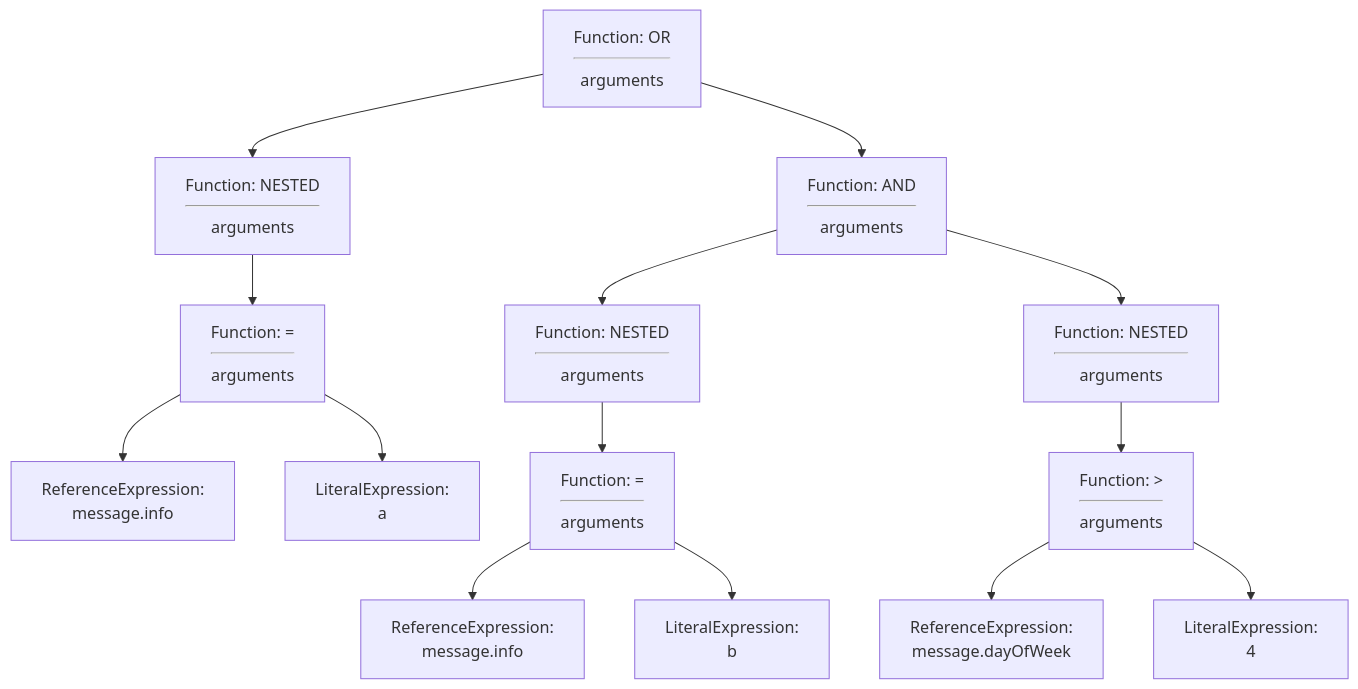
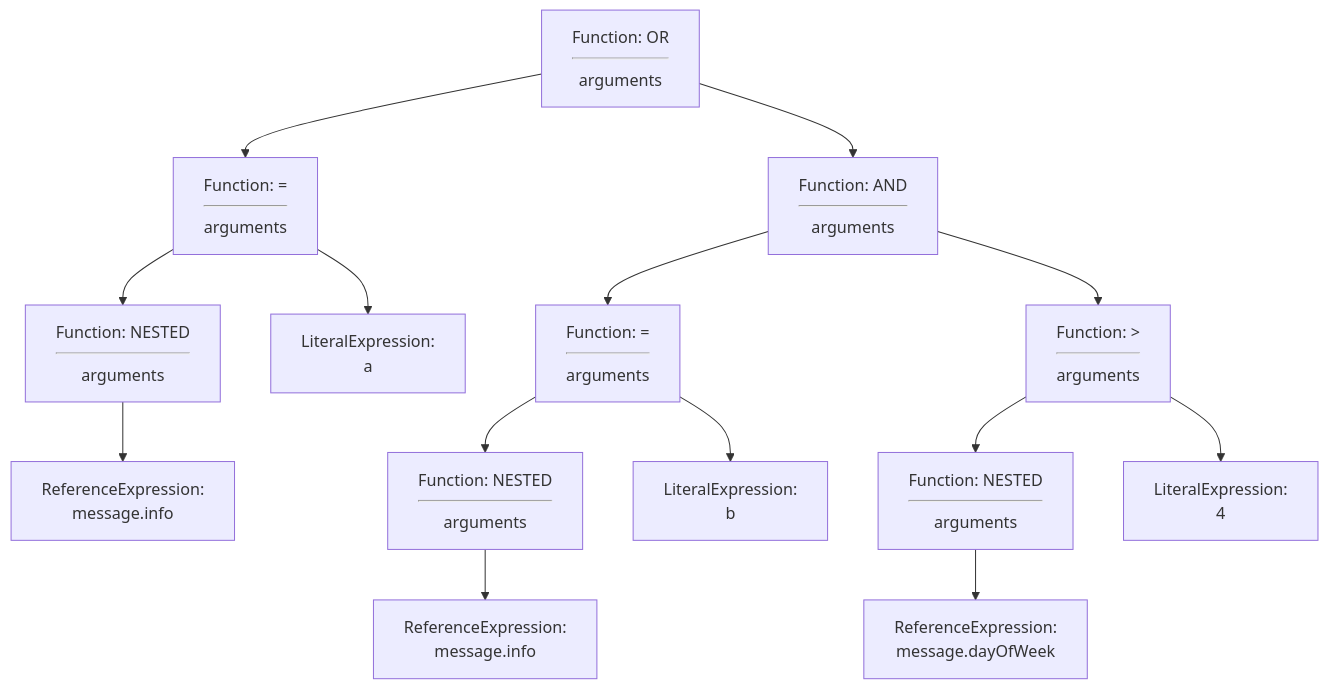
One commit to Bit-Quill/opensearch-project-sql changed the fourth of 5 diagrams in docs/dev/sql-nested-function-where-clause.md. Above: the diagram before and after it, drawn with Mermaid. The commit also changed other lines of this file, not shown here.

Commit message:
Fixing query example with object tree diagram. Fixing object tree diagram structure.

````diff
--- a/docs/dev/sql-nested-function-where-clause.md
+++ b/docs/dev/sql-nested-function-where-clause.md
@@ -261,18 +261,20 @@
 ```mermaid
 graph TB;
-    A[Function: OR\n<hr>arguments]-->B1[Function: NESTED\n<hr>arguments]
+    A[Function: OR\n<hr>arguments]-->B1[Function: =\n<hr>arguments]
     A-->B2[Function: AND\n<hr>arguments]
-    B1-->C1[Function: =\n<hr>arguments]
-    B2-->C2[Function: NESTED\n<hr>arguments]
-    B2-->C3[Function: NESTED\n<hr>arguments]
+    
+    B1-->C1[Function: NESTED\n<hr>arguments]
+    B1-->C2[LiteralExpression:\na]
+    
+    B2-->C3[Function: =\n<hr>arguments]
+    B2-->C4[Function: >\n<hr>arguments]
     
     C1-->D1[ReferenceExpression:\nmessage.info]
-    C1-->D2[LiteralExpression:\na]
-    C2-->D3[Function: =\n<hr>arguments]
-    C3-->D4[Function: >\n<hr>arguments]
+    C3-->D2[Function: NESTED\n<hr>arguments]
+    C3-->D3[LiteralExpression:\nb]
+    C4-->D4[Function: NESTED\n<hr>arguments]
+    C4-->D5[LiteralExpression:\n4]
     
-    D3-->E1[ReferenceExpression:\nmessage.info]
-    D3-->E2[LiteralExpression:\nb]
-    D4-->E3[ReferenceExpression:\nmessage.dayOfWeek]
-    D4-->E4[LiteralExpression:\n4]
+    D2-->E1[ReferenceExpression:\nmessage.info]
+    D4-->E2[ReferenceExpression:\nmessage.dayOfWeek]
 ```
````
